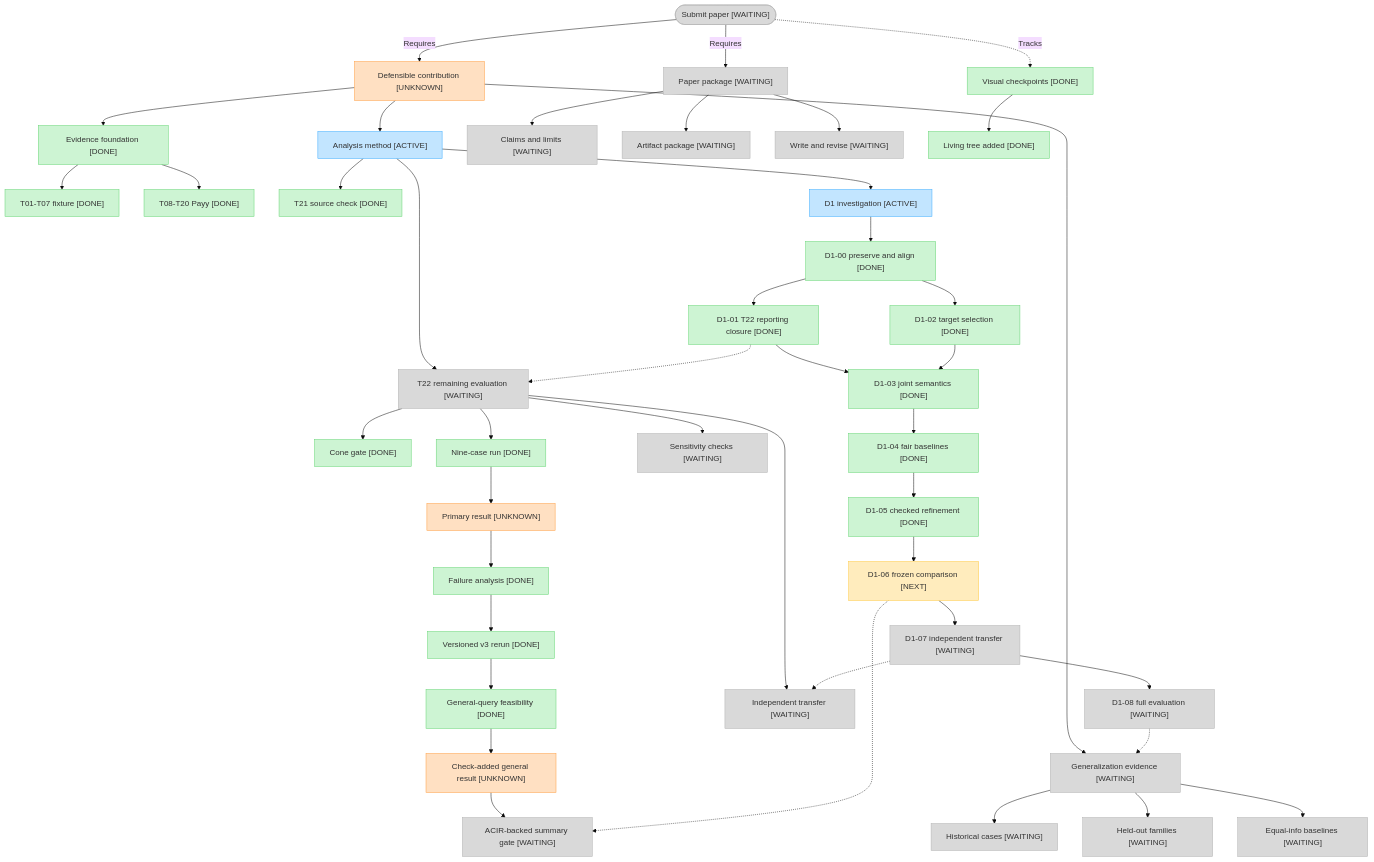
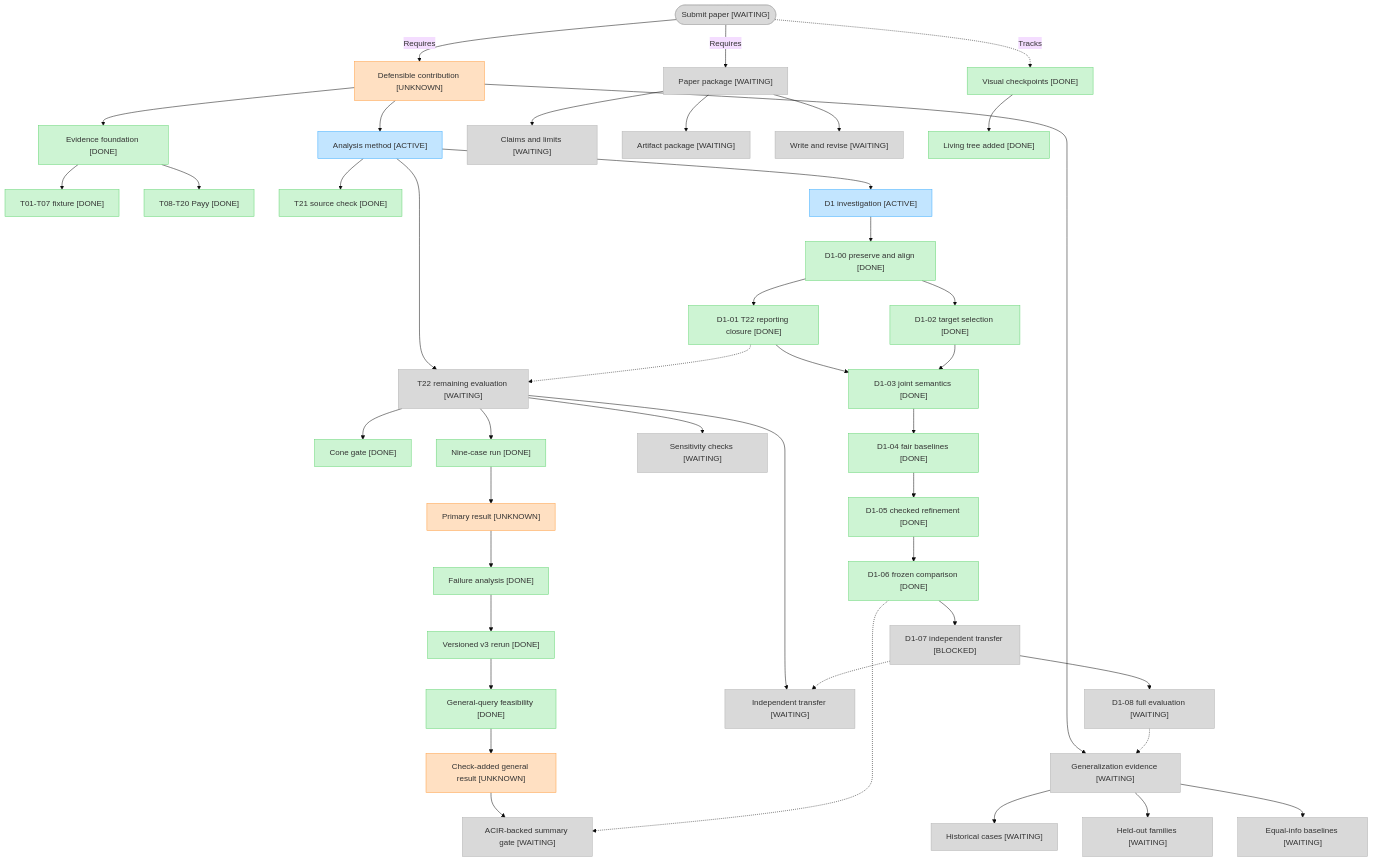
The diagram in docs/project-status.md (imranpollob/BindCheck), drawn with Mermaid (base theme) before and after one commit. The commit also changed other lines of this file and 4 other files, not shown here.

First line of the commit message:
D1-06: frozen feasibility comparison — gate not passed

````diff
--- a/docs/project-status.md
+++ b/docs/project-status.md
@@ -16,66 +16,65 @@
 ```mermaid
 flowchart TD
     submit(["Submit paper [WAITING]"])
     contribution["Defensible contribution [UNKNOWN]"]
     submit -->|"Requires"| contribution
     submit -->|"Requires"| manuscript["Paper package [WAITING]"]
     submit -.->|"Tracks"| tracking["Visual checkpoints [DONE]"]
 
     contribution --> foundation["Evidence foundation [DONE]"]
     contribution --> analysis["Analysis method [ACTIVE]"]
     contribution --> evaluation["Generalization evidence [WAITING]"]
 
     foundation --> fixture["T01-T07 fixture [DONE]"]
     foundation --> payy["T08-T20 Payy [DONE]"]
 
     analysis --> sourceCheck["T21 source check [DONE]"]
     analysis --> t22["T22 remaining evaluation [WAITING]"]
     t22 --> coneGate["Cone gate [DONE]"]
     t22 --> nineCases["Nine-case run [DONE]"]
     nineCases --> primaryResult["Primary result [UNKNOWN]"]
     primaryResult --> failureAnalysis["Failure analysis [DONE]"]
     failureAnalysis --> v3Rerun["Versioned v3 rerun [DONE]"]
     v3Rerun --> generalGate["General-query feasibility [DONE]"]
     generalGate --> generalResult["Check-added general result [UNKNOWN]"]
     generalResult --> acirSummary["ACIR-backed summary gate [WAITING]"]
     t22 --> transferCase["Independent transfer [WAITING]"]
     t22 --> sensitivity["Sensitivity checks [WAITING]"]
 
     analysis --> d1["D1 investigation [ACTIVE]"]
     d1 --> d100["D1-00 preserve and align [DONE]"]
     d100 --> d101["D1-01 T22 reporting closure [DONE]"]
     d100 --> d102["D1-02 target selection [DONE]"]
     d101 --> d103["D1-03 joint semantics [DONE]"]
     d102 --> d103
     d103 --> d104["D1-04 fair baselines [DONE]"]
     d104 --> d105["D1-05 checked refinement [DONE]"]
-    d105 --> d106["D1-06 frozen comparison [NEXT]"]
-    d106 --> d107["D1-07 independent transfer [WAITING]"]
+    d105 --> d106["D1-06 frozen comparison [DONE]"]
+    d106 --> d107["D1-07 independent transfer [BLOCKED]"]
     d107 --> d108["D1-08 full evaluation [WAITING]"]
     d101 -.-> t22
     d106 -.-> acirSummary
     d107 -.-> transferCase
     d108 -.-> evaluation
 
     evaluation --> history["Historical cases [WAITING]"]
     evaluation --> heldOut["Held-out families [WAITING]"]
     evaluation --> baselines["Equal-info baselines [WAITING]"]
 
     manuscript --> claims["Claims and limits [WAITING]"]
     manuscript --> artifacts["Artifact package [WAITING]"]
     manuscript --> draft["Write and revise [WAITING]"]
 
     tracking --> livingTree["Living tree added [DONE]"]
 
     classDef done fill:#CDF4D3,stroke:#66D575
     classDef active fill:#C2E5FF,stroke:#3DADFF
     classDef next fill:#FFECBD,stroke:#FFC943
     classDef waiting fill:#D9D9D9,stroke:#B3B3B3
     classDef unknown fill:#FFE0C2,stroke:#FF9E42
 
-    class foundation,fixture,payy,sourceCheck,coneGate,nineCases,failureAnalysis,v3Rerun,generalGate,tracking,livingTree,d100,d101,d102,d103,d104,d105 done
+    class foundation,fixture,payy,sourceCheck,coneGate,nineCases,failureAnalysis,v3Rerun,generalGate,tracking,livingTree,d100,d101,d102,d103,d104,d105,d106 done
     class analysis,d1 active
     class evaluation,history,heldOut,baselines,manuscript,claims,artifacts,draft,transferCase,sensitivity,submit,t22,acirSummary,d107,d108 waiting
-    class d106 next
     class contribution,primaryResult,generalResult unknown
 ```
````
